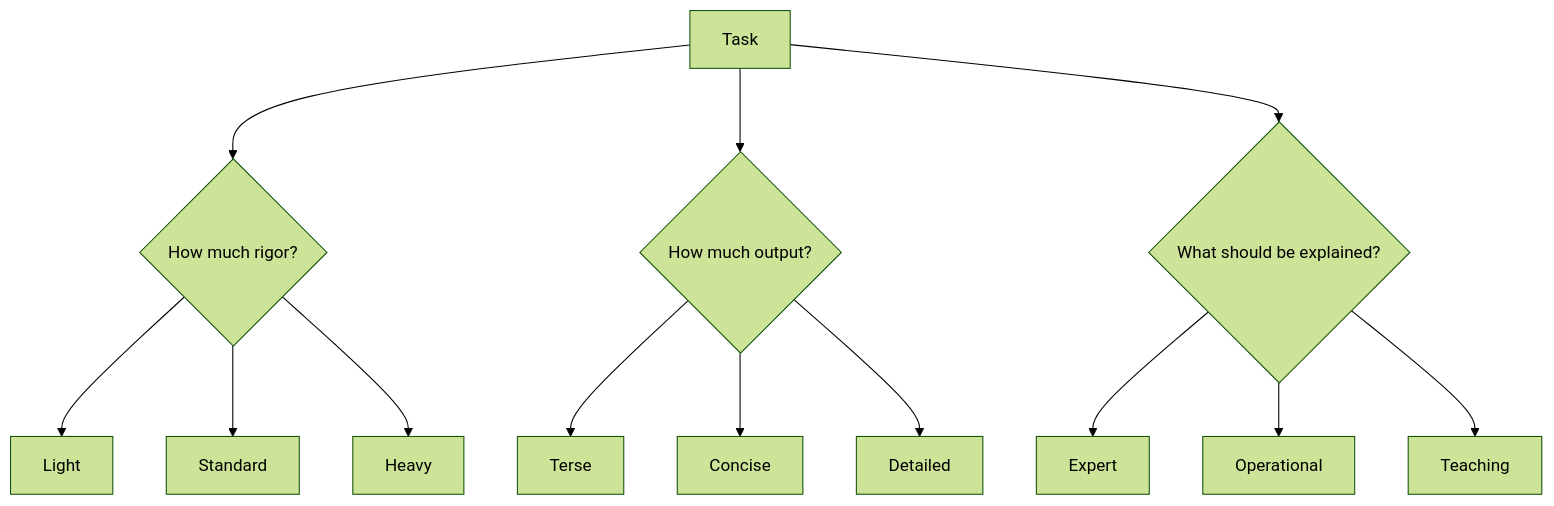
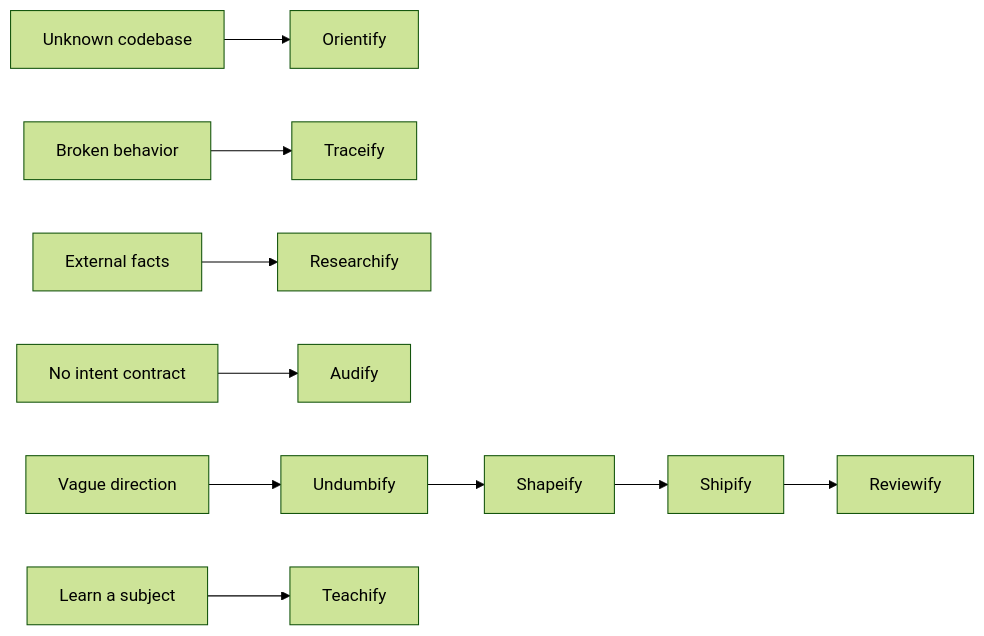
One commit to trykA123/skillify changed the second of 3 diagrams in README.md. Above: the diagram before and after it, drawn with Mermaid (forest theme). The commit also changed other lines of this file and 93 other files, not shown here.

````diff
--- a/README.md
+++ b/README.md
@@ -120,15 +155,9 @@
 ```mermaid
-flowchart TB
-    T[Task] --> W{How much rigor?}
-    T --> V{How much output?}
-    T --> E{What should be explained?}
-    W --> WL[Light]
-    W --> WS[Standard]
-    W --> WH[Heavy]
-    V --> VT[Terse]
-    V --> VC[Concise]
-    V --> VD[Detailed]
-    E --> EE[Expert]
-    E --> EO[Operational]
-    E --> ET[Teaching]
+flowchart LR
+    Unknown[Unknown codebase] --> Orientify
+    Broken[Broken behavior] --> Traceify
+    External[External facts] --> Researchify
+    NoContract[No intent contract] --> Audify
+    Vague[Vague direction] --> Undumbify --> Shapeify --> Shipify --> Reviewify
+    Learn[Learn a subject] --> Teachify
 ```
````
